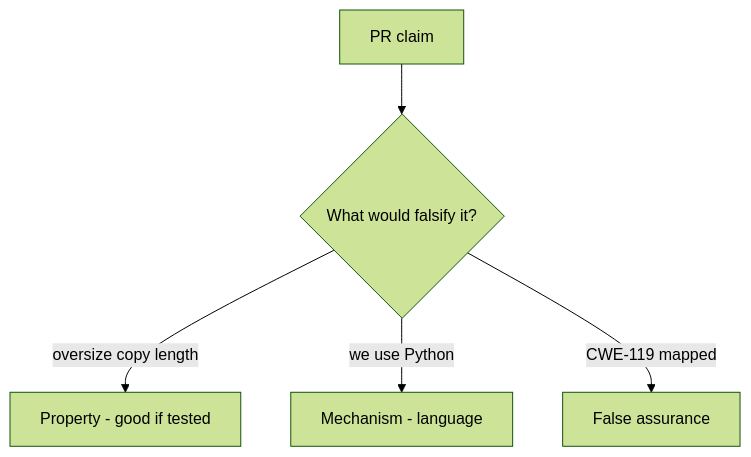
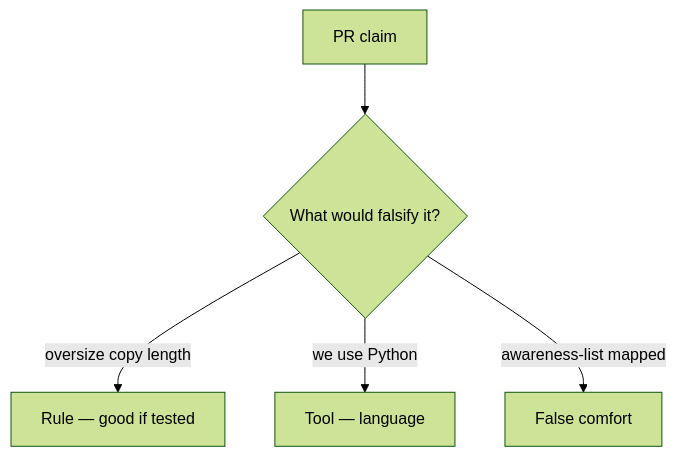
The diagram in content/modules/e/E4/lessons/08-review.md (ishitvagoel/LearnSecurity), drawn with Mermaid (forest theme) before and after one commit. The commit also changed other lines of this file and 55 other files, not shown here.

````diff
--- a/content/modules/e/E4/lessons/08-review.md
+++ b/content/modules/e/E4/lessons/08-review.md
@@ -17,7 +18,7 @@
 ```mermaid
 flowchart TD
   Claim[PR claim] --> Q{"What would falsify it?"}
-  Q -->|oversize copy length| Property["Property - good if tested"]
-  Q -->|we use Python| Mechanism[Mechanism - language]
-  Q -->|CWE-119 mapped| False[False assurance]
+  Q -->|oversize copy length| Property["Rule — good if tested"]
+  Q -->|we use Python| Mechanism[Tool — language]
+  Q -->|awareness-list mapped| False[False comfort]
 ```
````
